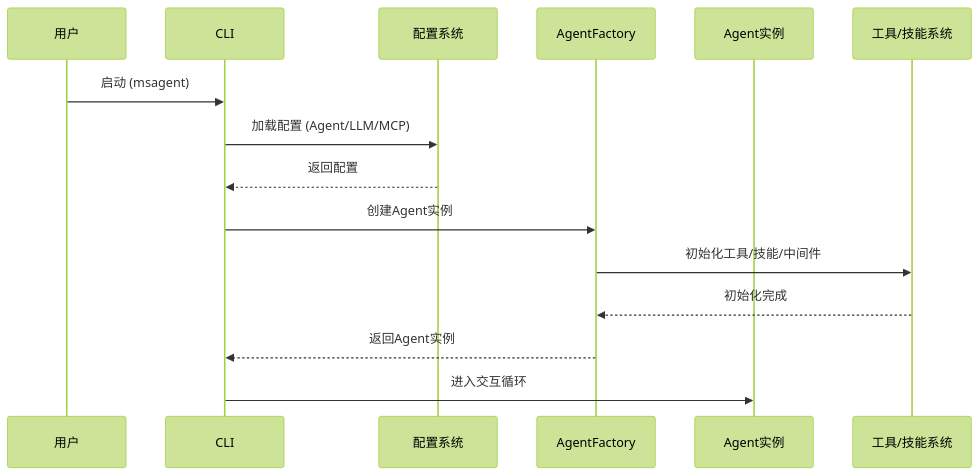
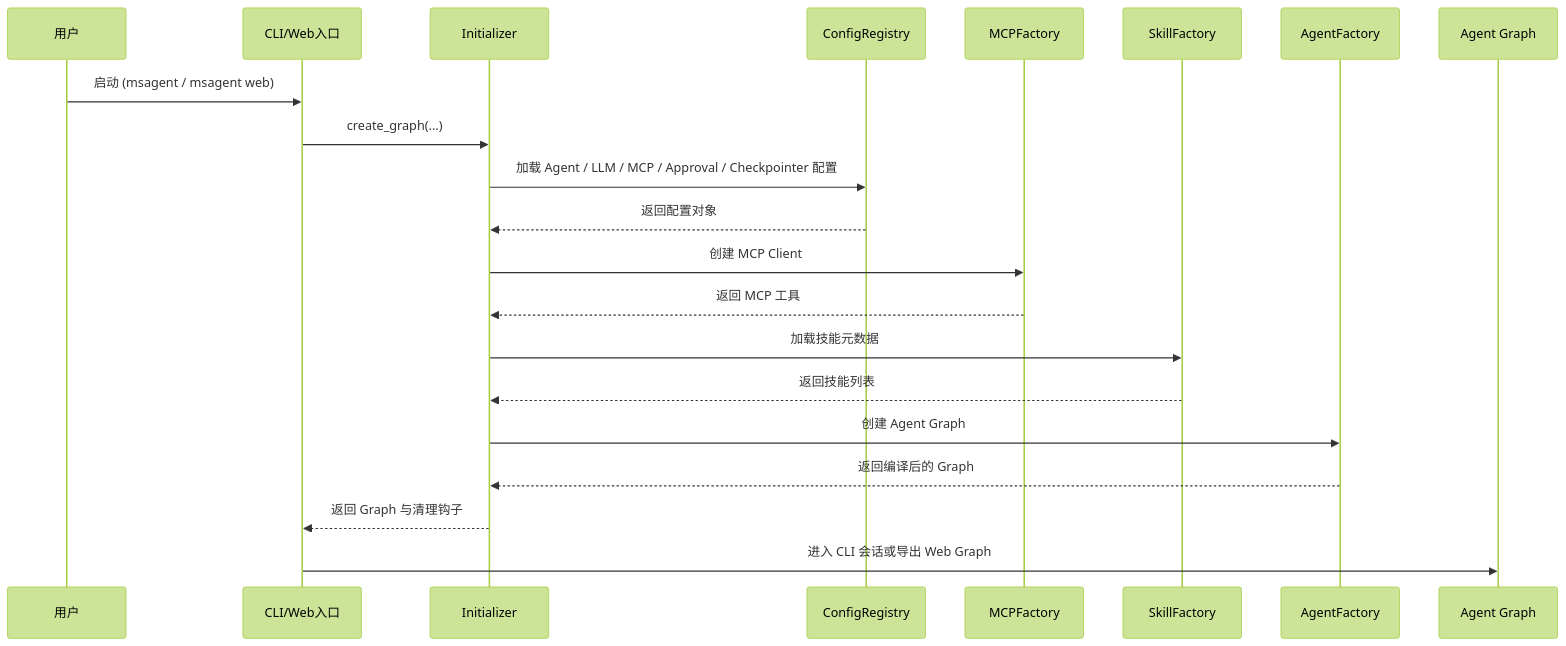
One commit to Krusty84/msagent changed the first of 2 diagrams in docs/zh/developer_guide/arch_overview.md. Above: the diagram before and after it, drawn with Mermaid (forest theme). The commit also changed other lines of this file, not shown here.

````diff
--- a/docs/zh/developer_guide/arch_overview.md
+++ b/docs/zh/developer_guide/arch_overview.md
@@ -147,18 +166,24 @@
 ```mermaid
 sequenceDiagram
     participant User as 用户
-    participant CLI as CLI
-    participant Config as 配置系统
+    participant Entry as CLI/Web入口
+    participant Init as Initializer
+    participant Config as ConfigRegistry
+    participant MCP as MCPFactory
+    participant Skill as SkillFactory
     participant Factory as AgentFactory
-    participant Agent as Agent实例
-    participant Tool as 工具/技能系统
+    participant Graph as Agent Graph
 
-    User->>CLI: 启动 (msagent)
-    CLI->>Config: 加载配置 (Agent/LLM/MCP)
-    Config-->>CLI: 返回配置
-    CLI->>Factory: 创建Agent实例
-    Factory->>Tool: 初始化工具/技能/中间件
-    Tool-->>Factory: 初始化完成
-    Factory-->>CLI: 返回Agent实例
-    CLI->>Agent: 进入交互循环
+    User->>Entry: 启动 (msagent / msagent web)
+    Entry->>Init: create_graph(...)
+    Init->>Config: 加载 Agent / LLM / MCP / Approval / Checkpointer 配置
+    Config-->>Init: 返回配置对象
+    Init->>MCP: 创建 MCP Client
+    MCP-->>Init: 返回 MCP 工具
+    Init->>Skill: 加载技能元数据
+    Skill-->>Init: 返回技能列表
+    Init->>Factory: 创建 Agent Graph
+    Factory-->>Init: 返回编译后的 Graph
+    Init-->>Entry: 返回 Graph 与清理钩子
+    Entry->>Graph: 进入 CLI 会话或导出 Web Graph
 ```
````
